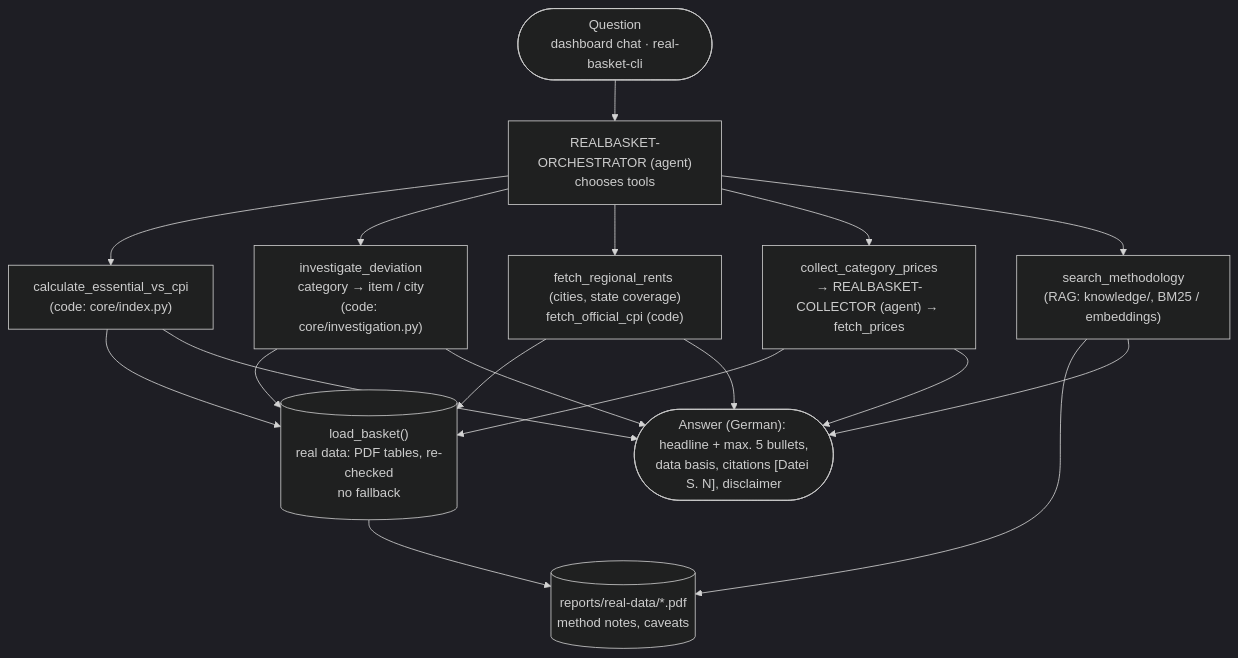
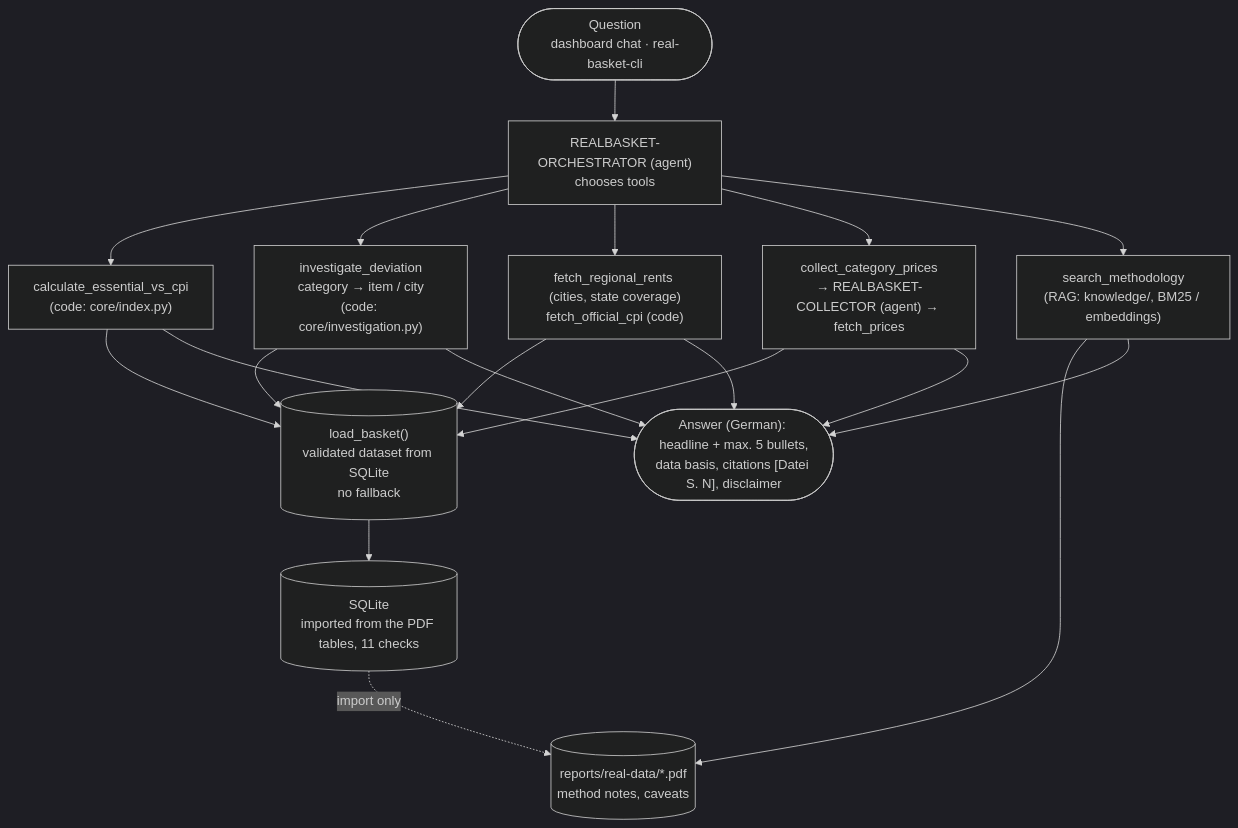
One commit to ValentinIliu1212/realBasket changed the diagram in docs/process-redesign.md. Above: the diagram before and after it, drawn with Mermaid (dark theme). The commit also changed other lines of this file and 22 other files, not shown here.

First line of the commit message:
SQLite is the single read source; PDFs are only read by the import

````diff
--- a/docs/process-redesign.md
+++ b/docs/process-redesign.md
@@ -28,14 +28,15 @@
 ```mermaid
 flowchart TD
     U(["Question<br/>dashboard chat · real-basket-cli"]) --> O
     O["REALBASKET-ORCHESTRATOR (agent)<br/>chooses tools"]
     O --> C["calculate_essential_vs_cpi<br/>(code: core/index.py)"]
     O --> I["investigate_deviation<br/>category → item / city<br/>(code: core/investigation.py)"]
     O --> R["fetch_regional_rents (cities, state coverage)<br/>fetch_official_cpi (code)"]
     O --> COL["collect_category_prices<br/>→ REALBASKET-COLLECTOR (agent) → fetch_prices"]
     O --> K["search_methodology<br/>(RAG: knowledge/, BM25 / embeddings)"]
     K --> PDF[("reports/real-data/*.pdf<br/>method notes, caveats")]
-    C & I & R & COL --> B[("load_basket()<br/>real data: PDF tables, re-checked<br/>no fallback")]
-    B --> PDF
+    C & I & R & COL --> B[("load_basket()<br/>validated dataset from SQLite<br/>no fallback")]
+    B --> DB[("SQLite<br/>imported from the PDF tables, 11 checks")]
+    DB -. import only .-> PDF
     C & I & R & COL & K --> A(["Answer (German): headline + max. 5 bullets,<br/>data basis, citations [Datei S. N], disclaimer"])
 ```
````
